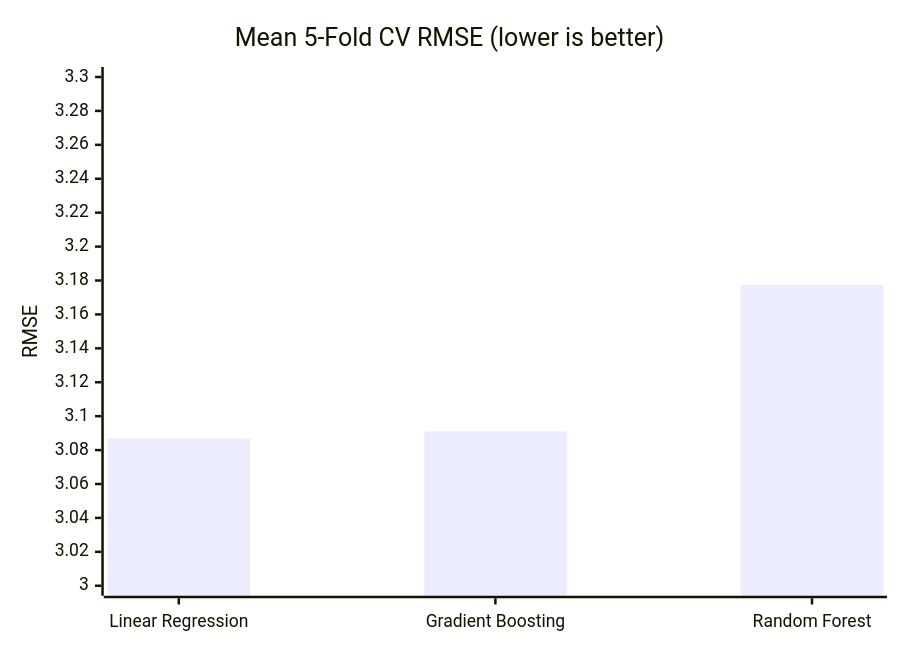
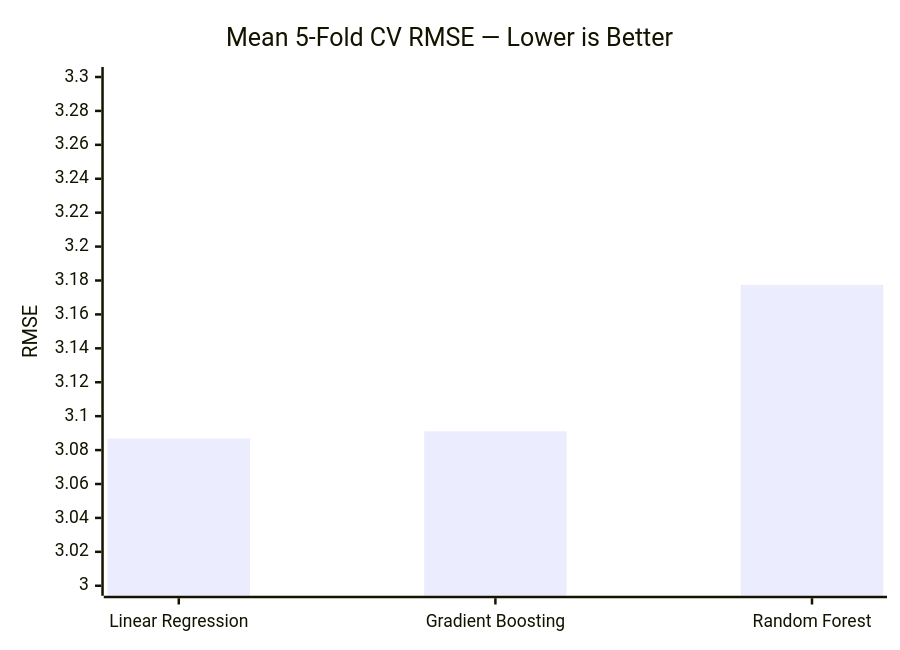
The first of 2 diagrams in README.md (mightyalok00/Uber-Fare-Prediction-Model), drawn with Mermaid before and after one commit. The commit also changed other lines of this file, not shown here.

````diff
--- a/README.md
+++ b/README.md
@@ -133,7 +93,7 @@
-```mermaid
+~~~mermaid
 xychart-beta
-    title "Mean 5-Fold CV RMSE (lower is better)"
+    title "Mean 5-Fold CV RMSE — Lower is Better"
     x-axis ["Linear Regression", "Gradient Boosting", "Random Forest"]
     y-axis "RMSE" 3.0 --> 3.3
     bar [3.0868, 3.0911, 3.1774]
-```
+~~~
````
